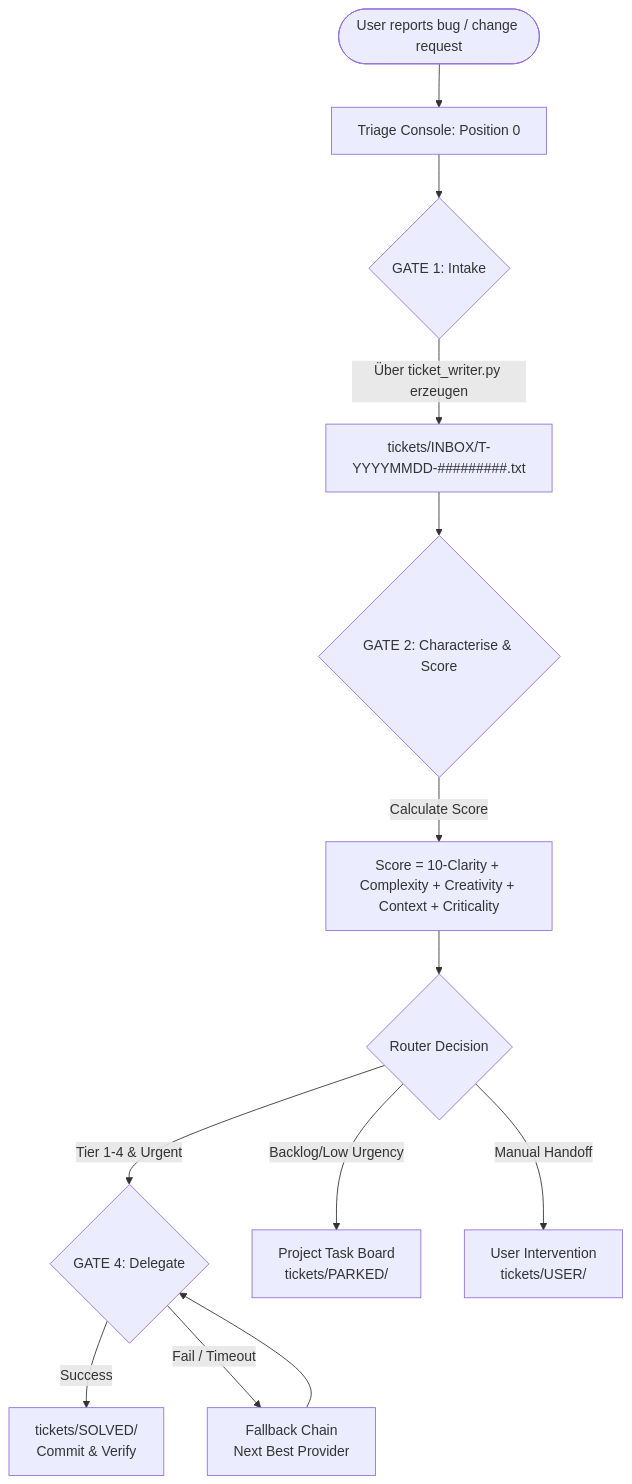
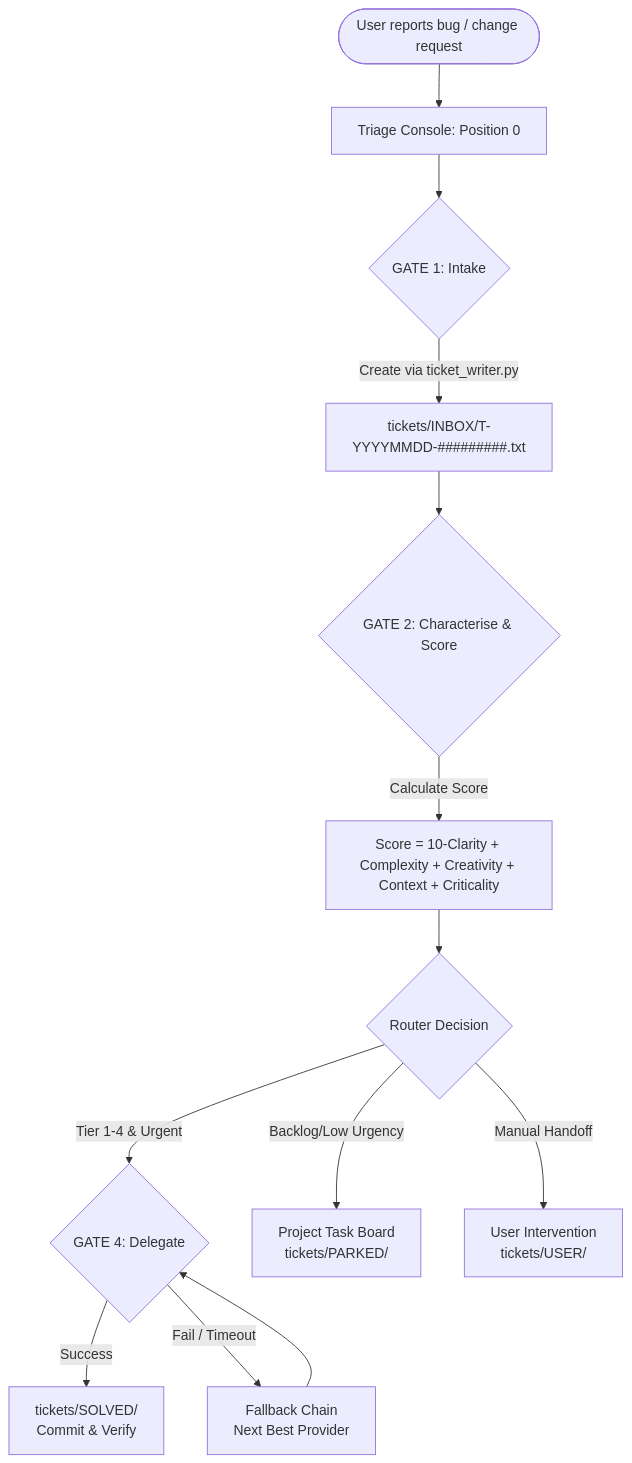
One commit to ellmos-ai/ticket-master changed the diagram in README_de.md. Above: the diagram before and after it, drawn with Mermaid. The commit also changed other lines of this file and 7 other files, not shown here.

````diff
--- a/README_de.md
+++ b/README_de.md
@@ -65,17 +65,17 @@
 ```mermaid
 graph TD
     User([User reports bug / change request]) --> Position0[Triage Console: Position 0]
     Position0 --> GATE1{GATE 1: Intake}
-    GATE1 -->|Über ticket_writer.py erzeugen| TxtFile[tickets/INBOX/T-YYYYMMDD-#########.txt]
+    GATE1 -->|Create via ticket_writer.py| TxtFile[tickets/INBOX/T-YYYYMMDD-#########.txt]
     TxtFile --> GATE2{GATE 2: Characterise & Score}
     GATE2 -->|Calculate Score| Score[Score = 10-Clarity + Complexity + Creativity + Context + Criticality]
     Score --> Router{Router Decision}
     
     Router -->|Tier 1-4 & Urgent| GATE4{GATE 4: Delegate}
     Router -->|Backlog/Low Urgency| TaskDB[Project Task Board<br>tickets/PARKED/]
     Router -->|Manual Handoff| UserHandoff[User Intervention<br>tickets/USER/]
     
     GATE4 -->|Success| Solved[tickets/SOLVED/<br>Commit & Verify]
     GATE4 -->|Fail / Timeout| Fallback[Fallback Chain<br>Next Best Provider]
     Fallback --> GATE4
 ```
````
